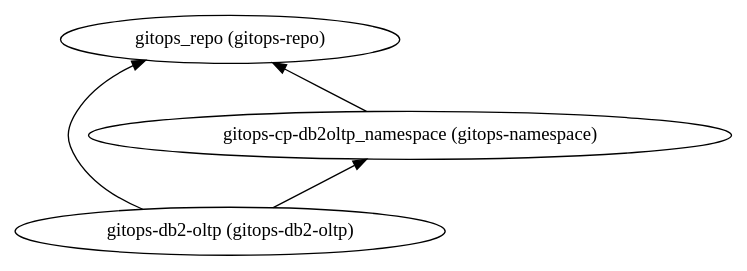
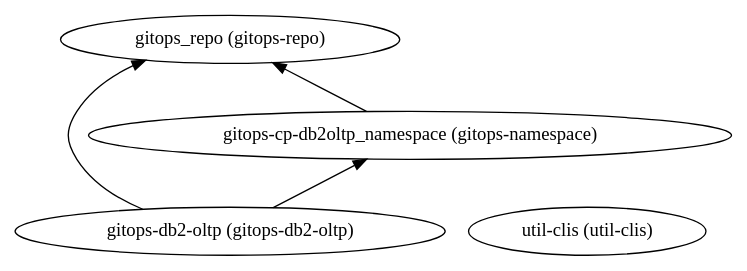
The diagram in 320-cloud-pak-for-data-db2oltp/dependencies.dot (IBM/automation-data-foundation), drawn with Graphviz before and after one commit. The commit also changed 103 other files, not shown here.

```diff
--- a/320-cloud-pak-for-data-db2oltp/dependencies.dot
+++ b/320-cloud-pak-for-data-db2oltp/dependencies.dot
@@ -1,9 +1,10 @@
 digraph {
     rankdir="BT"
     "gitops-db2-oltp (gitops-db2-oltp)" -> "gitops_repo (gitops-repo)"
 "gitops-db2-oltp (gitops-db2-oltp)" -> "gitops-cp-db2oltp_namespace (gitops-namespace)"
 "gitops-db2-oltp (gitops-db2-oltp)"
 "gitops_repo (gitops-repo)"
 "gitops-cp-db2oltp_namespace (gitops-namespace)" -> "gitops_repo (gitops-repo)"
 "gitops-cp-db2oltp_namespace (gitops-namespace)"
+"util-clis (util-clis)"
   }
```
